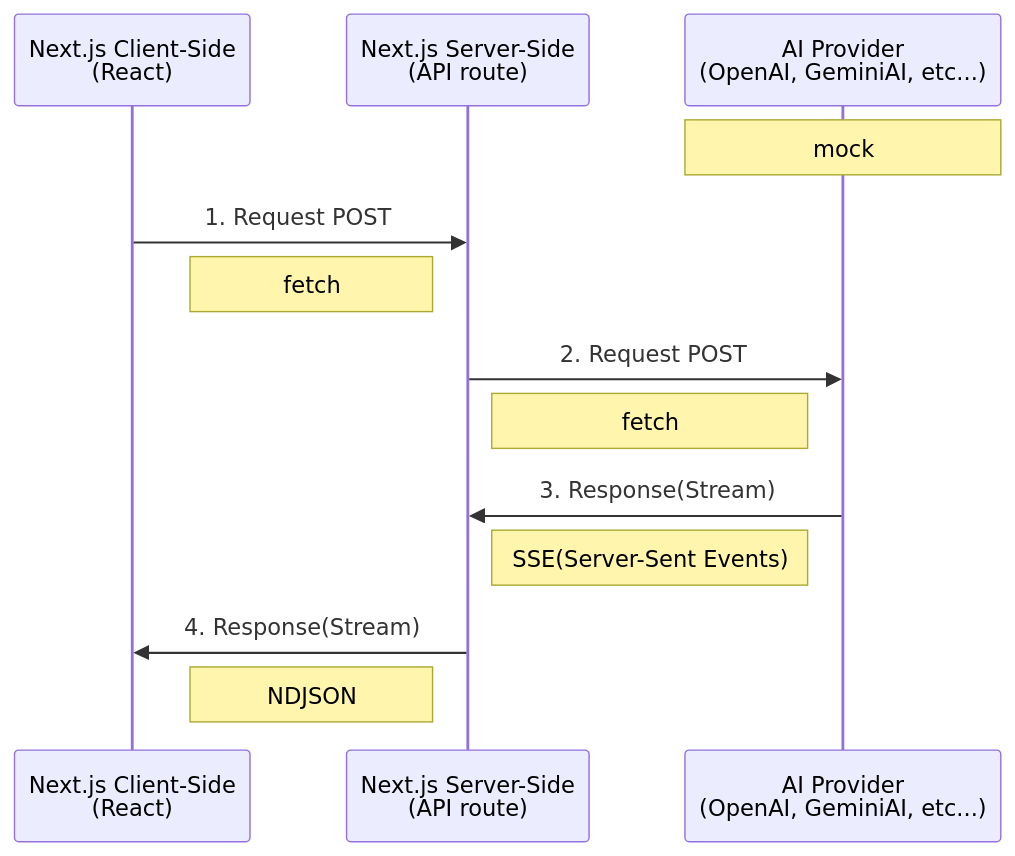
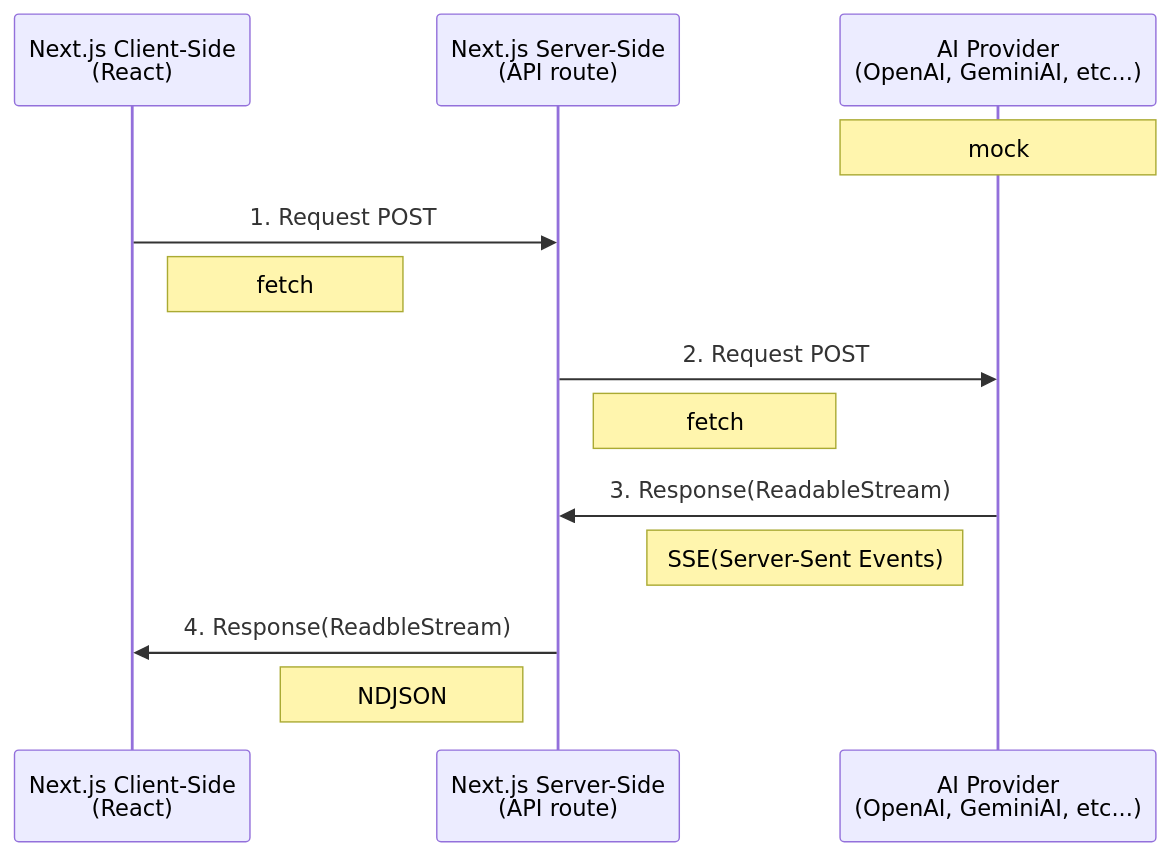
One commit to sudo-yoko/portfolio-nextjs changed the diagram in _docs/memo.md. Above: the diagram before and after it, drawn with Mermaid.

````diff
--- a/_docs/memo.md
+++ b/_docs/memo.md
@@ -1,18 +1,18 @@
  ```mermaid
 
 sequenceDiagram
 participant C as Next.js Client-Side<br>(React)
 participant S as Next.js Server-Side<br>(API route)
 participant A as AI Provider<br>(OpenAI, GeminiAI, etc...)
 Note over A: mock
 
 C->>S: 1. Request POST
-Note left of S: fetch
+Note right of C: fetch
 S->>A: 2. Request POST
-Note left of A: fetch
-A->>S: 3. Response(Stream)
+Note Right of S: fetch
+A->>S: 3. Response(ReadableStream)
 Note left of A: SSE(Server-Sent Events)
-S->>C: 4. Response(Stream)
+S->>C: 4. Response(ReadbleStream)
 Note left of S: NDJSON
 
  ```
````
